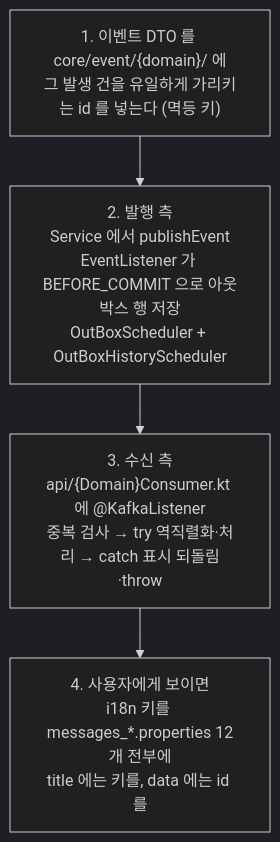
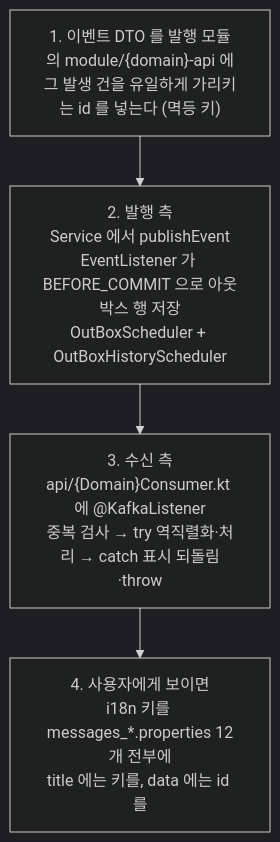
Before and after one commit to rvlwldev/langlez-backend: diagram 14 of 14 in ARCHITECTURE.md, drawn with Mermaid (dark theme). The commit also changed other lines of this file and 126 other files, not shown here.

First line of the commit message:
refactor(core,module): core 를 소유자별 *-api 계약 모듈로 분리 (#33)

````diff
--- a/ARCHITECTURE.md
+++ b/ARCHITECTURE.md
@@ -483,6 +483,6 @@
 ```mermaid
 flowchart TD
-    A["1. 이벤트 DTO 를 core/event/{domain}/ 에<br/>그 발생 건을 유일하게 가리키는 id 를 넣는다 (멱등 키)"] --> B["2. 발행 측<br/>Service 에서 publishEvent<br/>EventListener 가 BEFORE_COMMIT 으로 아웃박스 행 저장<br/>OutBoxScheduler + OutBoxHistoryScheduler"]
+    A["1. 이벤트 DTO 를 발행 모듈의 module/{domain}-api 에<br/>그 발생 건을 유일하게 가리키는 id 를 넣는다 (멱등 키)"] --> B["2. 발행 측<br/>Service 에서 publishEvent<br/>EventListener 가 BEFORE_COMMIT 으로 아웃박스 행 저장<br/>OutBoxScheduler + OutBoxHistoryScheduler"]
     B --> C["3. 수신 측<br/>api/{Domain}Consumer.kt 에 @KafkaListener<br/>중복 검사 → try 역직렬화·처리 → catch 표시 되돌림·throw"]
     C --> D["4. 사용자에게 보이면<br/>i18n 키를 messages_*.properties 12개 전부에<br/>title 에는 키를, data 에는 id 를"]
 ```
````
